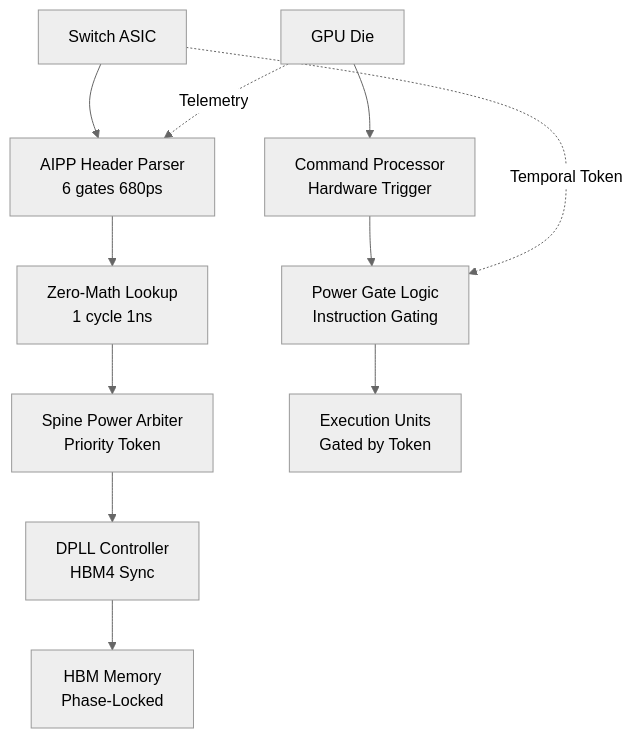
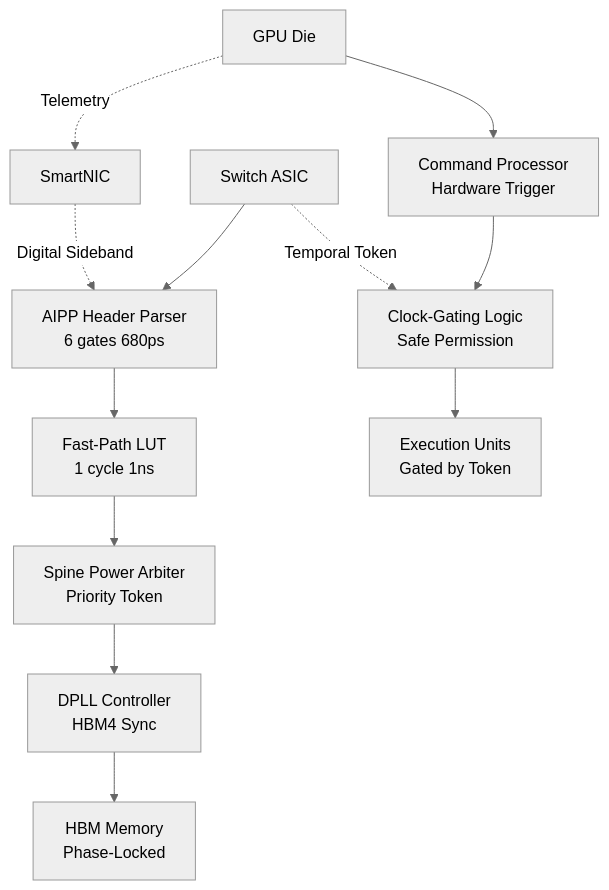
The diagram in Portfolio_A_Power/ASIC_REFERENCE_DESIGN.md (nickharris808/prevolt), drawn with Mermaid (neutral theme) before and after one commit. The commit also changed other lines of this file and 23 other files, not shown here.

````diff
--- a/Portfolio_A_Power/ASIC_REFERENCE_DESIGN.md
+++ b/Portfolio_A_Power/ASIC_REFERENCE_DESIGN.md
@@ -25,16 +26,17 @@
 ```mermaid
 graph TD
     Switch[Switch ASIC] --> Parser[AIPP Header Parser<br/>6 gates 680ps]
-    Parser --> ZeroMath[Zero-Math Lookup<br/>1 cycle 1ns]
-    ZeroMath --> Arbiter[Spine Power Arbiter<br/>Priority Token]
+    Parser --> FastPath[Fast-Path LUT<br/>1 cycle 1ns]
+    FastPath --> Arbiter[Spine Power Arbiter<br/>Priority Token]
     
     GPU[GPU Die] --> CP[Command Processor<br/>Hardware Trigger]
-    CP --> Gate[Power Gate Logic<br/>Instruction Gating]
+    CP --> Gate[Clock-Gating Logic<br/>Safe Permission]
     Gate --> ALU[Execution Units<br/>Gated by Token]
     
     Switch -.->|Temporal Token| Gate
-    GPU -.->|Telemetry| Parser
+    GPU -.->|Telemetry| SmartNIC
+    SmartNIC -.->|Digital Sideband| Parser
     
     Arbiter --> DPLL[DPLL Controller<br/>HBM4 Sync]
     DPLL --> HBM[HBM Memory<br/>Phase-Locked]
 ```
````
